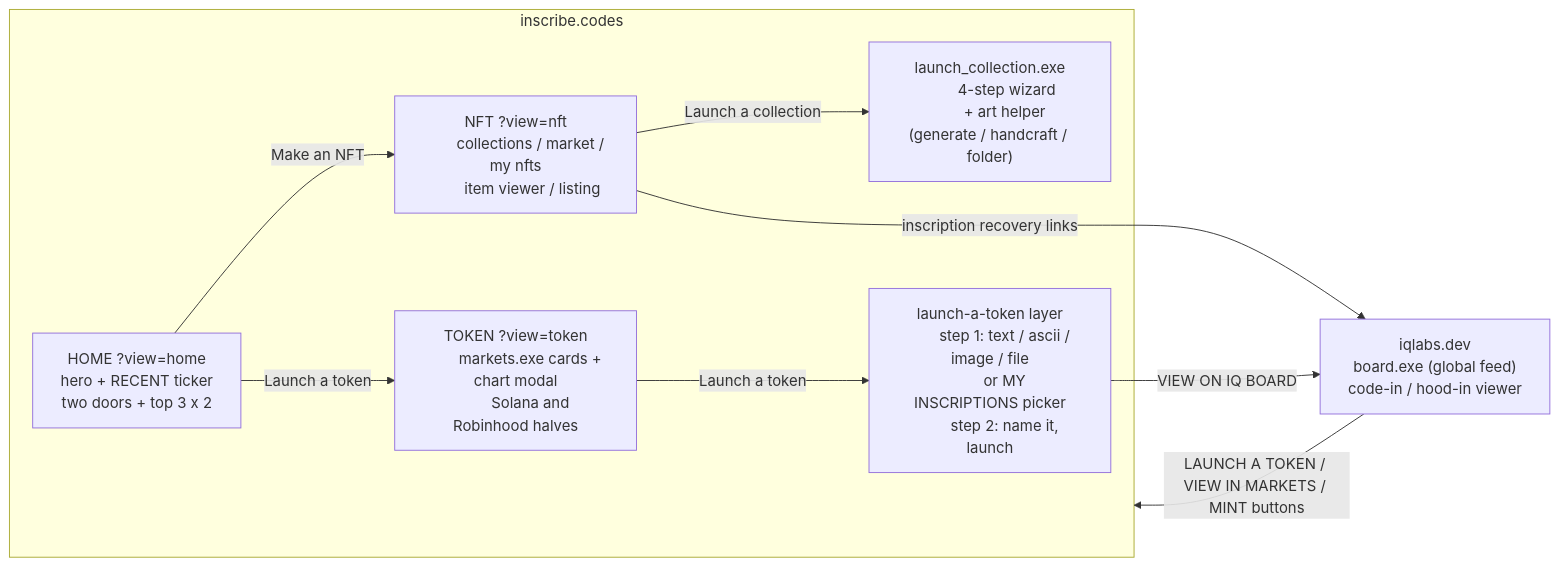
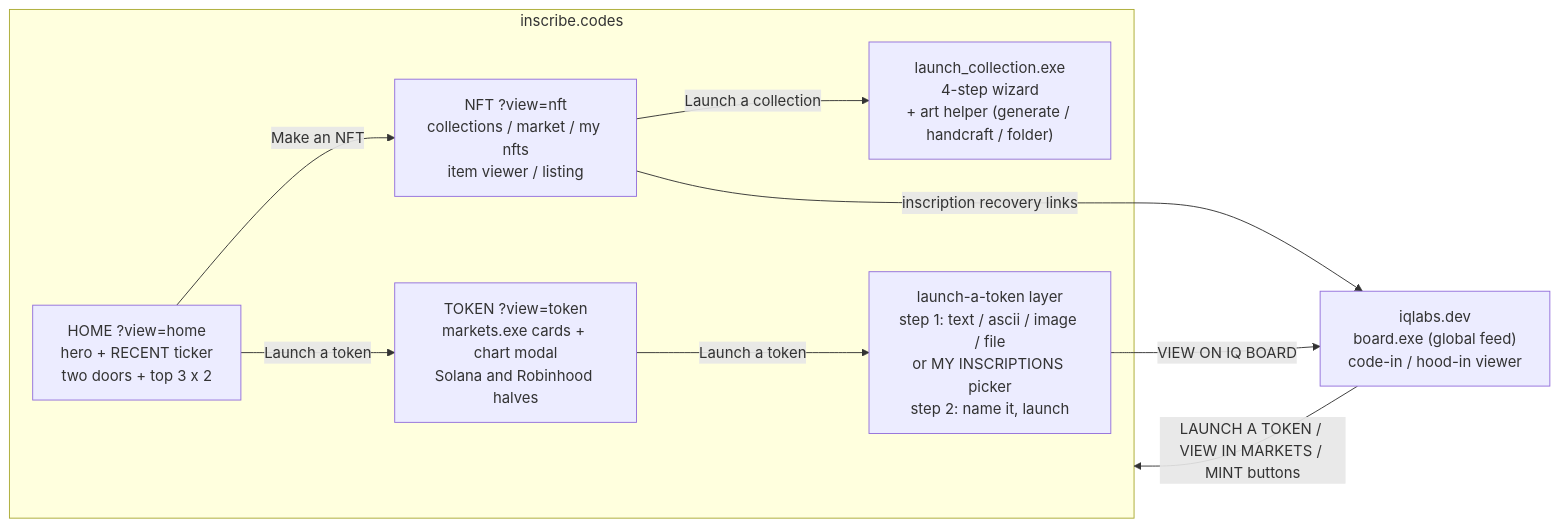
Before and after one commit to IQCoreTeam/inscribe-codes: the first of 2 diagrams in README.md, drawn with Mermaid. The commit also changed other lines of this file, not shown here.

Commit message:
Use br tags in mermaid labels for GitHub rendering

````diff
--- a/README.md
+++ b/README.md
@@ -11,31 +11,18 @@
 ```mermaid
 flowchart LR
     subgraph IC["inscribe.codes"]
-        HOME["HOME ?view=home
-        hero + RECENT ticker
-        two doors + top 3 x 2"]
-        NFT["NFT ?view=nft
-        collections / market / my nfts
-        item viewer / listing"]
-        WIZ["launch_collection.exe
-        4-step wizard
-        + art helper (generate / handcraft / folder)"]
-        TOK["TOKEN ?view=token
-        markets.exe cards + chart modal
-        Solana and Robinhood halves"]
-        LAY["launch-a-token layer
-        step 1: text / ascii / image / file
-        or MY INSCRIPTIONS picker
-        step 2: name it, launch"]
+        HOME["HOME ?view=home<br/>hero + RECENT ticker<br/>two doors + top 3 x 2"]
+        NFT["NFT ?view=nft<br/>collections / market / my nfts<br/>item viewer / listing"]
+        WIZ["launch_collection.exe<br/>4-step wizard<br/>+ art helper (generate / handcraft / folder)"]
+        TOK["TOKEN ?view=token<br/>markets.exe cards + chart modal<br/>Solana and Robinhood halves"]
+        LAY["launch-a-token layer<br/>step 1: text / ascii / image / file<br/>or MY INSCRIPTIONS picker<br/>step 2: name it, launch"]
         HOME -->|Make an NFT| NFT
         NFT -->|Launch a collection| WIZ
         HOME -->|Launch a token| TOK
         TOK -->|Launch a token| LAY
     end
-    IQ["iqlabs.dev
-    board.exe (global feed)
-    code-in / hood-in viewer"]
+    IQ["iqlabs.dev<br/>board.exe (global feed)<br/>code-in / hood-in viewer"]
     IQ -->|LAUNCH A TOKEN / VIEW IN MARKETS / MINT buttons| IC
     LAY -->|VIEW ON IQ BOARD| IQ
     NFT -->|inscription recovery links| IQ
 ```
````
